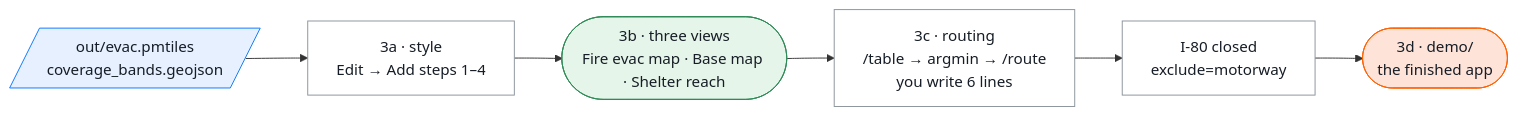
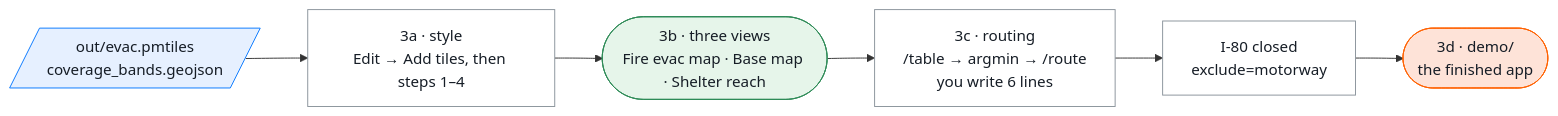
The fifth of 6 diagrams in README.md (vishal4c/routes-to-safety-workshop), drawn with Mermaid before and after one commit. The commit also changed other lines of this file and 4 other files, not shown here.

Commit message:
02-web: Tiles row 0 in the Edit panel — plug in the PMTiles you built; steps 1–4 wait for it; README steps updated

````diff
--- a/README.md
+++ b/README.md
@@ -209,15 +209,15 @@
 ```mermaid
 flowchart LR
   classDef file fill:#E6F0FF,stroke:#0678FF,color:#161D26
   classDef step fill:#FFFFFF,stroke:#8A939B,color:#161D26
   classDef chk  fill:#E6F5EA,stroke:#2E8B57,color:#161D26
   classDef out  fill:#FEE3D8,stroke:#FF6101,color:#161D26
 
   PM[/"out/evac.pmtiles<br/>coverage_bands.geojson"/]:::file
-  S["3a · style<br/>Edit → Add steps 1–4"]:::step
+  S["3a · style<br/>Edit → Add tiles, then steps 1–4"]:::step
   V(["3b · three views<br/>Fire evac map · Base map · Shelter reach"]):::chk
   R["3c · routing<br/>/table → argmin → /route<br/>you write 6 lines"]:::step
   I80["I-80 closed<br/>exclude=motorway"]:::step
   D(["3d · demo/<br/>the finished app"]):::out
   PM --> S --> V --> R --> I80 --> D
 ```
````
